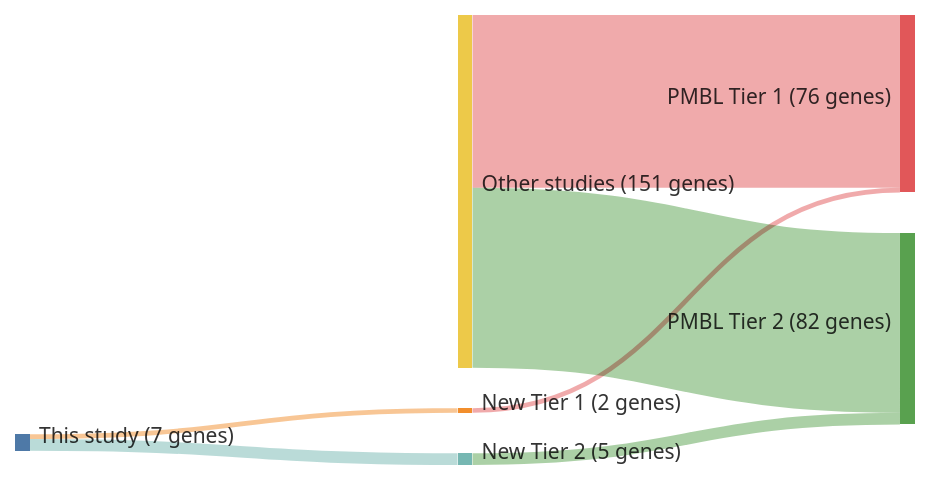
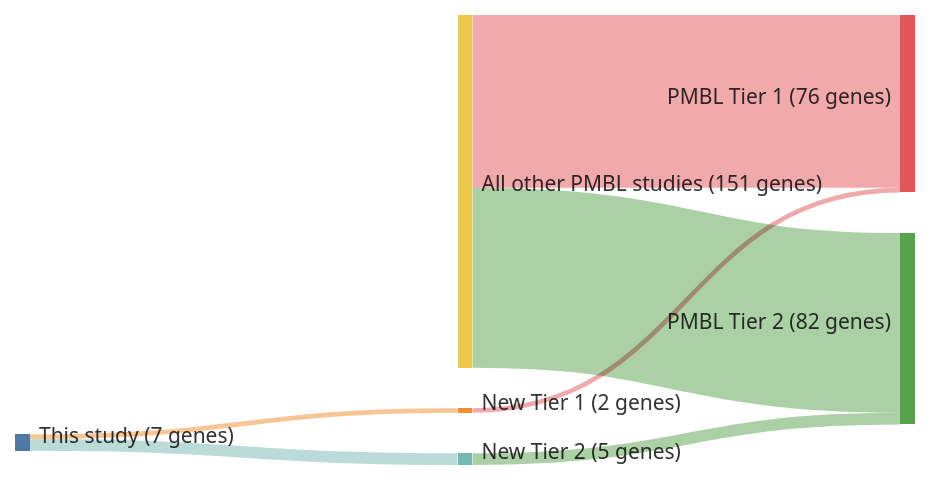
Before and after one commit to morinlab/lymphopedia: the diagram in papers/gomezUltraDeepSequencingReveals2023.md, drawn with Mermaid. The commit also changed 82 other files, not shown here.

````diff
--- a/papers/gomezUltraDeepSequencingReveals2023.md
+++ b/papers/gomezUltraDeepSequencingReveals2023.md
@@ -12,20 +12,20 @@
 ```mermaid
 ---
 config:
     sankey:
         showValues: true
         linkColor: target
         width: 600
         height: 300
         nodeAlignment: right
         prefix: '('
         suffix: ' genes)'
 ---
 sankey-beta
 This study, New Tier 1, 2
 New Tier 1, PMBL Tier 1, 2
 This study, New Tier 2, 5
 New Tier 2, PMBL Tier 2, 5
-Other studies, PMBL Tier 1, 74
-Other studies, PMBL Tier 2, 77
+All other PMBL studies, PMBL Tier 1, 74
+All other PMBL studies, PMBL Tier 2, 77
 ```
````
